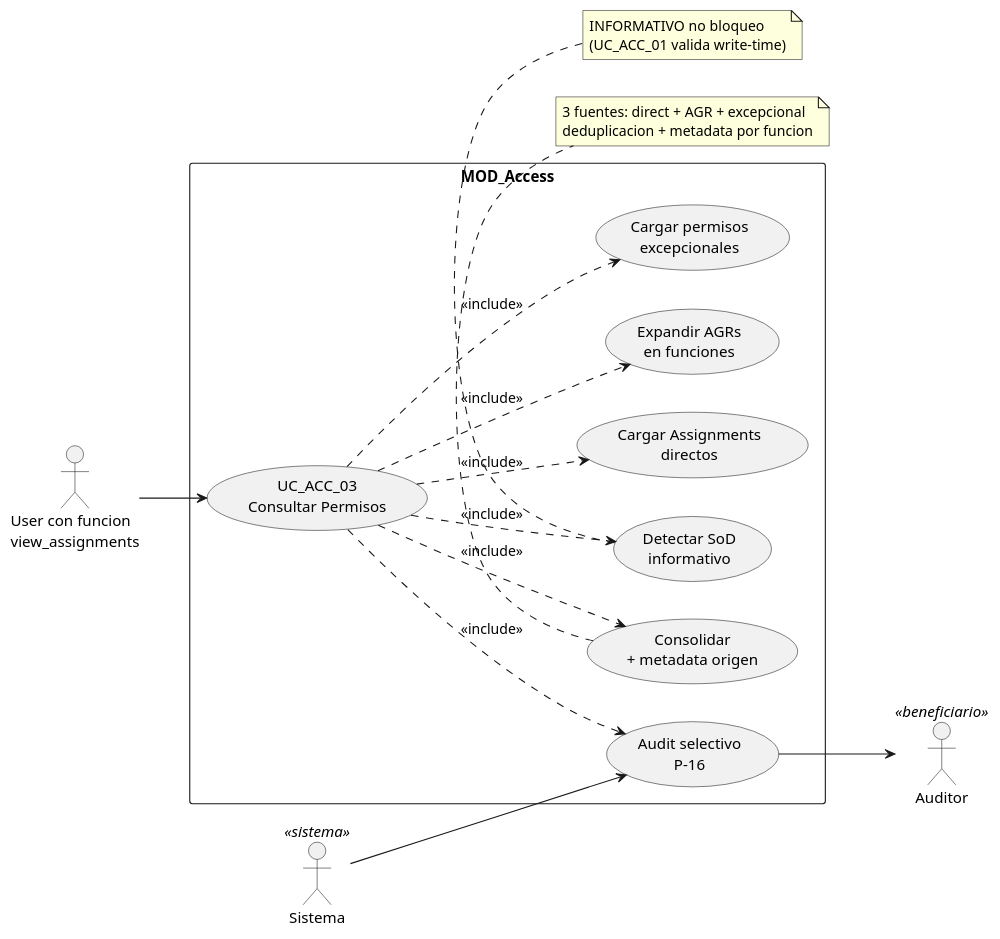
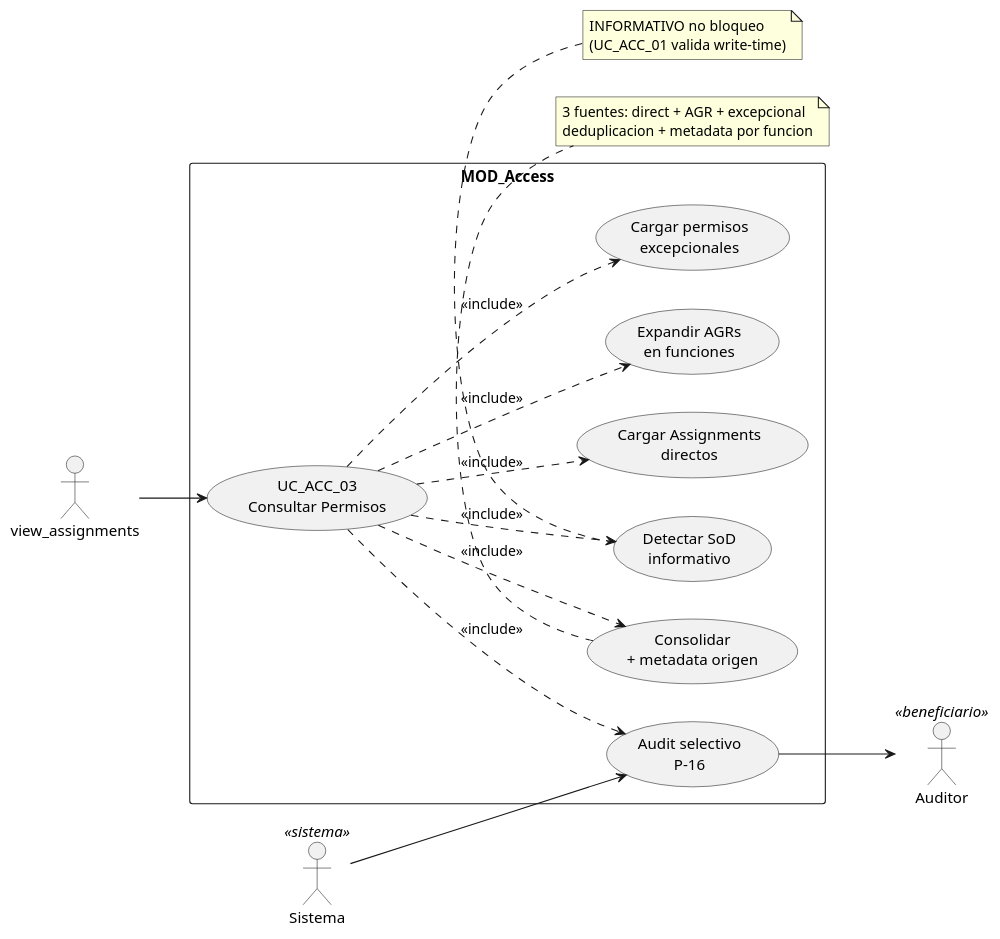
Before and after one commit to jcg-admin/IACT-docs: the first of 4 diagrams in source/requisitos/casos-uso/access/uc-acc-03/diagramas-uml.rst, drawn with PlantUML. The commit also changed 77 other files, not shown here.

First line of the commit message:
Enforce RBAC function names as actors in all UML diagrams

```diff
--- a/source/requisitos/casos-uso/access/uc-acc-03/diagramas-uml.rst
+++ b/source/requisitos/casos-uso/access/uc-acc-03/diagramas-uml.rst
@@ -10,41 +10,41 @@
 .. uml::
  :caption: UC_ACC_03 — actores y casos asociados
 
  @startuml
 
  left to right direction
 
- actor "User con funcion\nview_assignments" as INVOKER
+ actor "view_assignments" as INVOKER
  actor "Auditor" as AUD <<beneficiario>>
  actor "Sistema" as SYS <<sistema>>
 
  rectangle "MOD_Access" {
    usecase "UC_ACC_03\nConsultar Permisos" as UC03
    usecase "Cargar Assignments\ndirectos" as DIR
    usecase "Expandir AGRs\nen funciones" as AGR
    usecase "Cargar permisos\nexcepcionales" as EXC
    usecase "Consolidar\n+ metadata origen" as CONS
    usecase "Detectar SoD\ninformativo" as SOD
    usecase "Audit selectivo\nP-16" as AUDS
  }
 
  INVOKER --> UC03
  UC03 ..> DIR : <<include>>
  UC03 ..> AGR : <<include>>
  UC03 ..> EXC : <<include>>
  UC03 ..> CONS : <<include>>
  UC03 ..> SOD : <<include>>
  UC03 ..> AUDS : <<include>>
  SYS --> AUDS
  AUDS --> AUD
 
  note bottom of CONS
    3 fuentes: direct + AGR + excepcional
    deduplicacion + metadata por funcion
  end note
  note bottom of SOD
    INFORMATIVO no bloqueo
    (UC_ACC_01 valida write-time)
  end note
 
  @enduml
```
